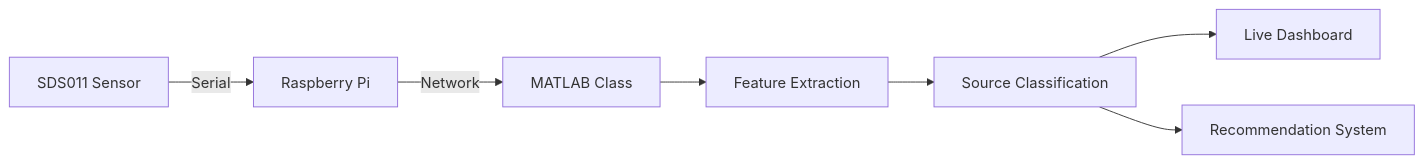
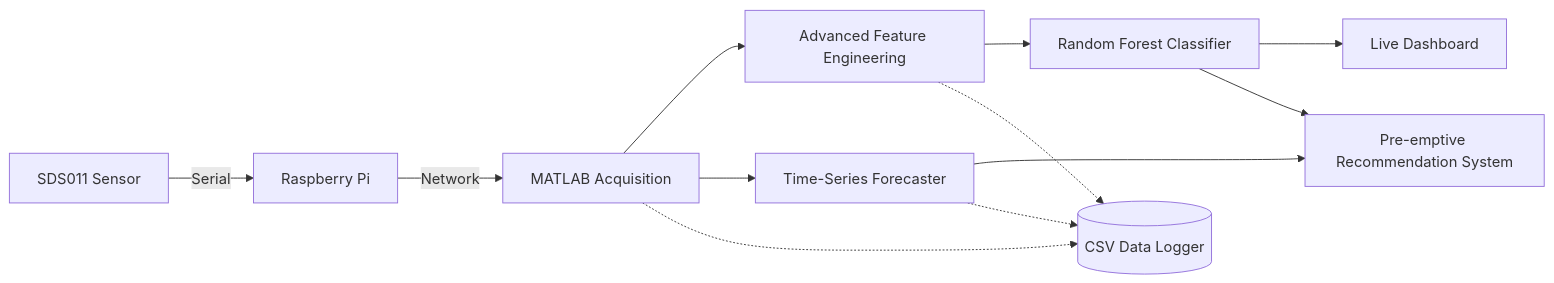
One commit to Ibrahimboutal/Intelligent-Air-Quality-System-with-Source-Detection-and-Adaptive-Recommendations changed the diagram in README.md. Above: the diagram before and after it, drawn with Mermaid. The commit also changed other lines of this file and 1 other file, not shown here.

Commit message:
feat: implement AirQualitySystem class for sensor data acquisition and source detection

````diff
--- a/README.md
+++ b/README.md
@@ -20,9 +22,14 @@
 ```mermaid
 flowchart LR
     A[SDS011 Sensor] -->|Serial| B[Raspberry Pi]
-    B -->|Network| C[MATLAB Class]
-    C --> D[Feature Extraction]
-    D --> E[Source Classification]
+    B -->|Network| C[MATLAB Acquisition]
+    C --> D[Advanced Feature Engineering]
+    D --> E[Random Forest Classifier]
+    C --> H[Time-Series Forecaster]
     E --> F[Live Dashboard]
-    E --> G[Recommendation System]
+    H --> G[Pre-emptive Recommendation System]
+    E --> G
+    C -.-> I[(CSV Data Logger)]
+    D -.-> I
+    H -.-> I
 ```
````
